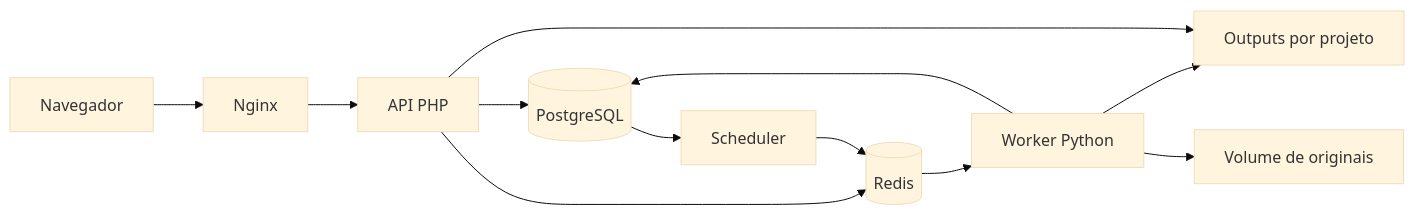
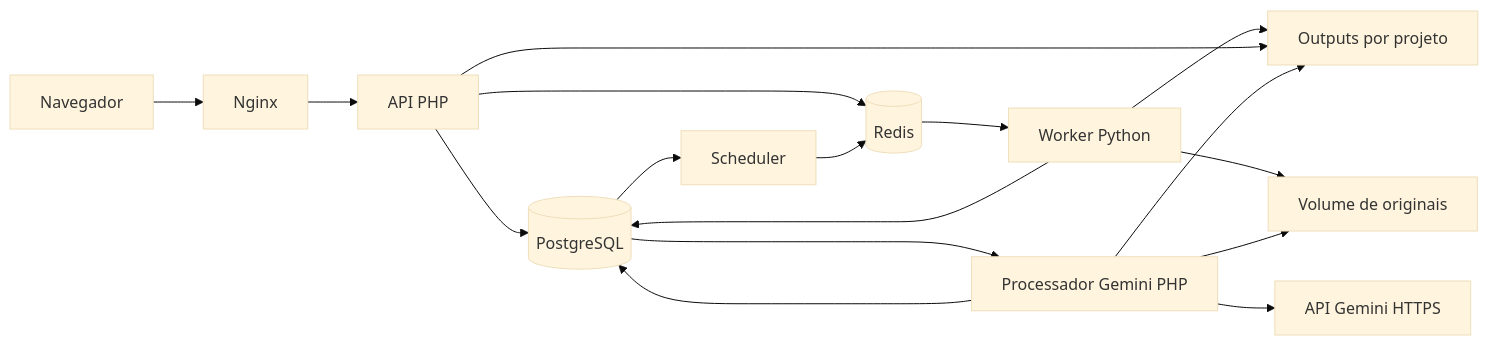
One commit to DevSandovalBezerra/VTSanalyzer changed the diagram in docs/ARCHITECTURE.md. Above: the diagram before and after it, drawn with Mermaid (base theme). The commit also changed other lines of this file and 12 other files, not shown here.

````diff
--- a/docs/ARCHITECTURE.md
+++ b/docs/ARCHITECTURE.md
@@ -9,14 +9,19 @@
 ```mermaid
 flowchart LR
     Usuario[Navegador] --> Nginx
     Nginx --> PHP[API PHP]
     PHP --> DB[(PostgreSQL)]
     PHP --> Redis[(Redis)]
     DB --> Scheduler
     Scheduler --> Redis
     Redis --> Worker[Worker Python]
     Worker --> DB
     Worker --> Outputs[Outputs por projeto]
     PHP --> Outputs
     Worker --> Media[Volume de originais]
+    DB --> GeminiWorker[Processador Gemini PHP]
+    GeminiWorker --> DB
+    GeminiWorker --> Outputs
+    GeminiWorker --> Media
+    GeminiWorker --> Gemini[API Gemini HTTPS]
 ```
````
